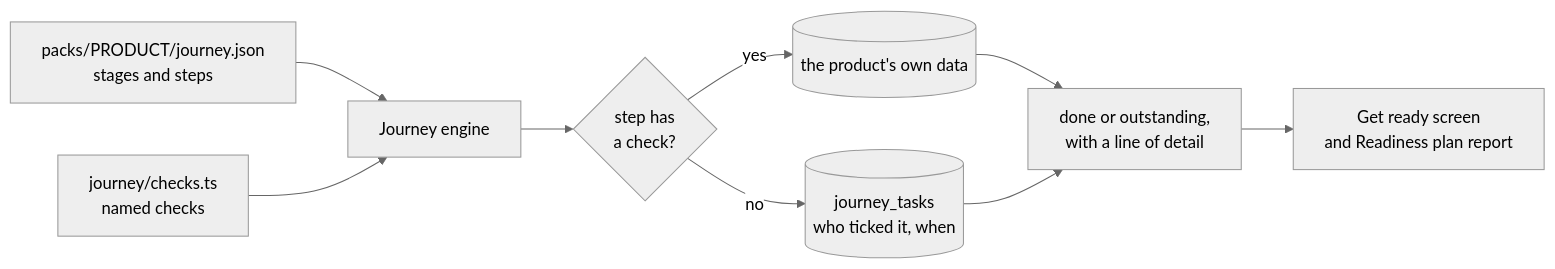
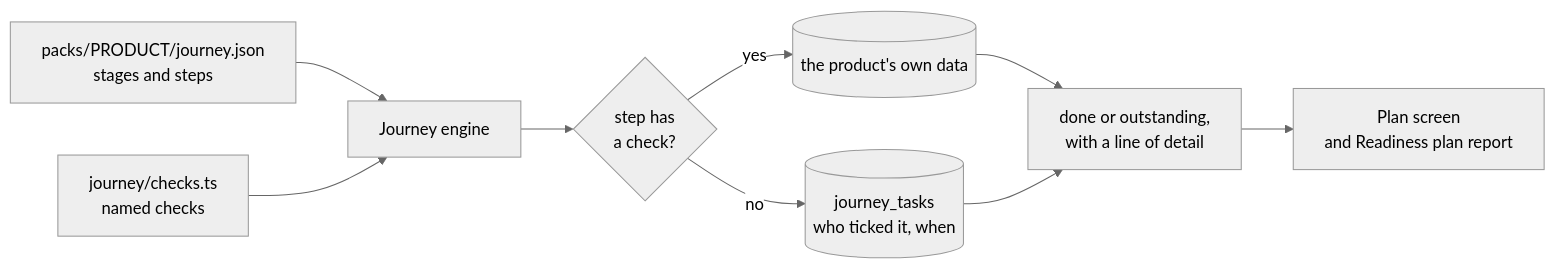
One commit to offsetsecurity/offset-assure changed diagram 11 of 11 in docs/dev/architecture.md. Above: the diagram before and after it, drawn with Mermaid (neutral theme). The commit also changed other lines of this file and 33 other files, not shown here.

First line of the commit message:
feat: Get ready is now called Plan; more room around Jump to; no blank band under the step footer

````diff
--- a/docs/dev/architecture.md
+++ b/docs/dev/architecture.md
@@ -348,11 +348,11 @@
 ```mermaid
 flowchart LR
   journey["packs/PRODUCT/journey.json<br/>stages and steps"] --> engine
   checks["journey/checks.ts<br/>named checks"] --> engine
   engine["Journey engine"] --> auto{"step has<br/>a check?"}
   auto -- yes --> data[("the product's own data")]
   data --> state["done or outstanding,<br/>with a line of detail"]
   auto -- no --> ticks[("journey_tasks<br/>who ticked it, when")]
   ticks --> state
-  state --> screen["Get ready screen<br/>and Readiness plan report"]
+  state --> screen["Plan screen<br/>and Readiness plan report"]
 ```
````
